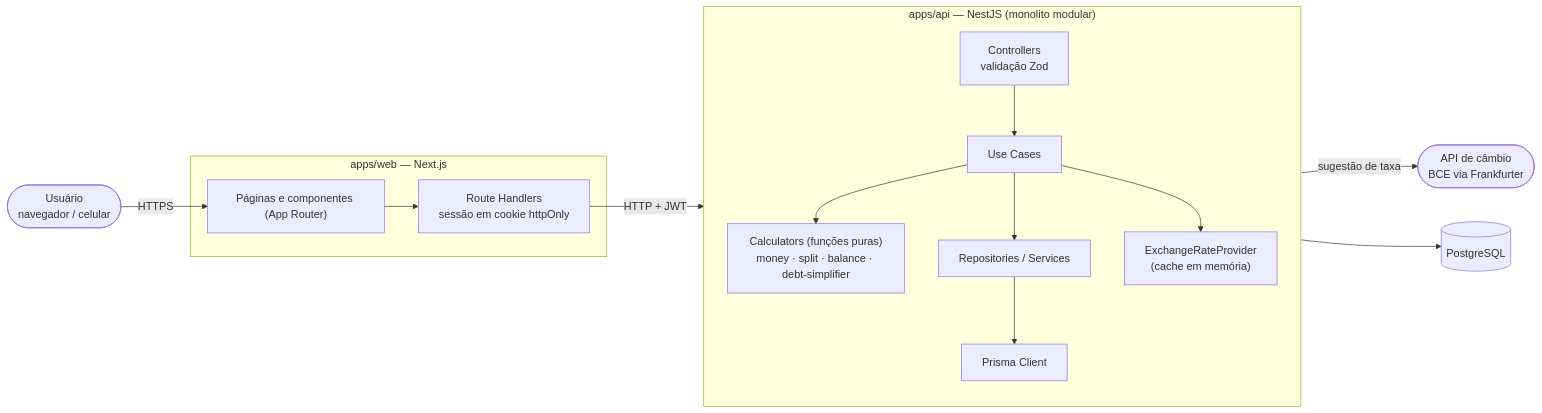
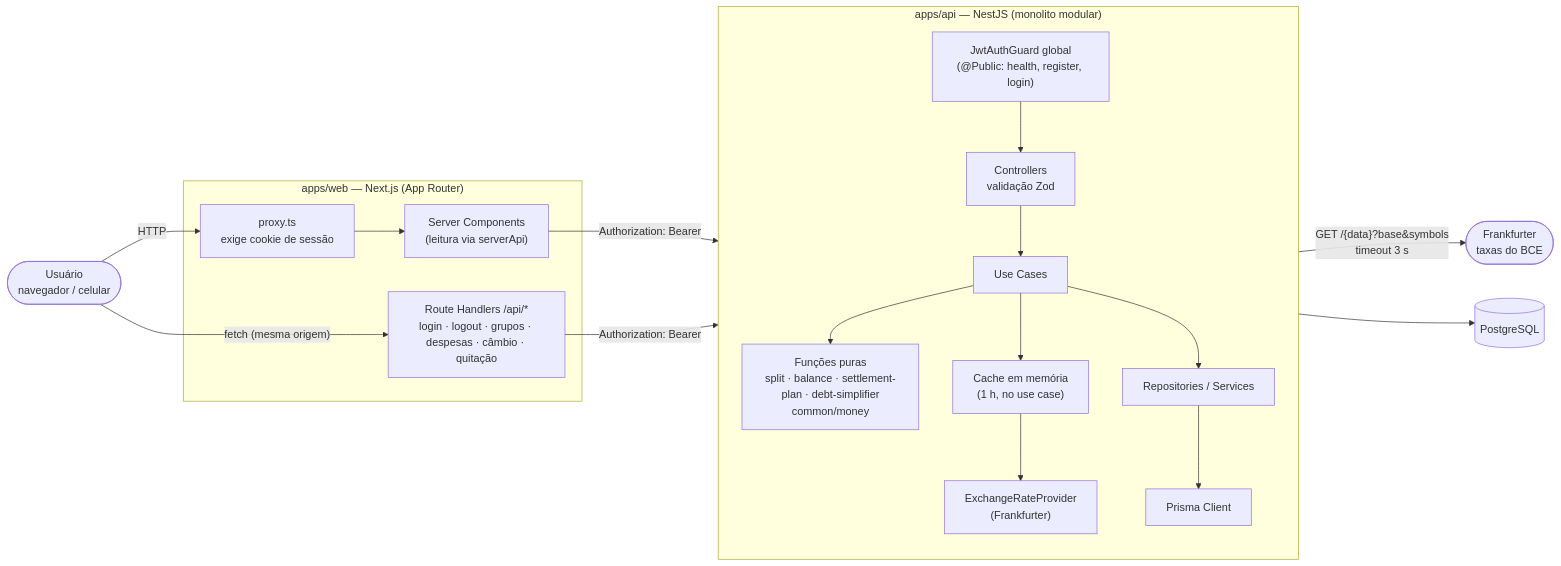
One commit to iguinn13/split-and-go-case changed the first of 3 diagrams in docs/architecture/plan.md. Above: the diagram before and after it, drawn with Mermaid. The commit also changed other lines of this file and 17 other files, not shown here.

````diff
--- a/docs/architecture/plan.md
+++ b/docs/architecture/plan.md
@@ -7,33 +7,37 @@
 ```mermaid
 flowchart LR
     user([Usuário<br/>navegador / celular])
 
-    subgraph web["apps/web — Next.js"]
-        pages["Páginas e componentes (App Router)"]
-        bff["Route Handlers<br/>sessão em cookie httpOnly"]
+    subgraph web["apps/web — Next.js (App Router)"]
+        proxy["proxy.ts<br/>exige cookie de sessão"]
+        pages["Server Components<br/>(leitura via serverApi)"]
+        bff["Route Handlers /api/*<br/>login · logout · grupos · despesas · câmbio · quitação"]
     end
 
     subgraph api["apps/api — NestJS (monolito modular)"]
         direction TB
+        guard["JwtAuthGuard global<br/>(@Public: health, register, login)"]
         ctrl["Controllers<br/>validação Zod"]
         uc["Use Cases"]
-        calc["Calculators (funções puras)<br/>money · split · balance · debt-simplifier"]
+        calc["Funções puras<br/>split · balance · settlement-plan · debt-simplifier<br/>common/money"]
         repo["Repositories / Services"]
         prisma["Prisma Client"]
-        ctrl --> uc
-        provider["ExchangeRateProvider<br/>(cache em memória)"]
+        provider["ExchangeRateProvider<br/>(Frankfurter)"]
+        cache["Cache em memória<br/>(1 h, no use case)"]
+        guard --> ctrl --> uc
         uc --> calc
         uc --> repo
-        uc --> provider
+        uc --> cache --> provider
         repo --> prisma
     end
 
     db[("PostgreSQL")]
-    fx(["API de câmbio<br/>BCE via Frankfurter"])
-    provider -->|"sugestão de taxa"| fx
+    fx(["Frankfurter<br/>taxas do BCE"])
+    provider -->|"GET /{data}?base&symbols<br/>timeout 3 s"| fx
 
-    user -->|HTTPS| pages
-    pages --> bff
-    bff -->|"HTTP + JWT"| ctrl
+    user -->|HTTP| proxy --> pages
+    user -->|"fetch (mesma origem)"| bff
+    pages -->|"Authorization: Bearer"| guard
+    bff -->|"Authorization: Bearer"| guard
     prisma --> db
 ```
````
